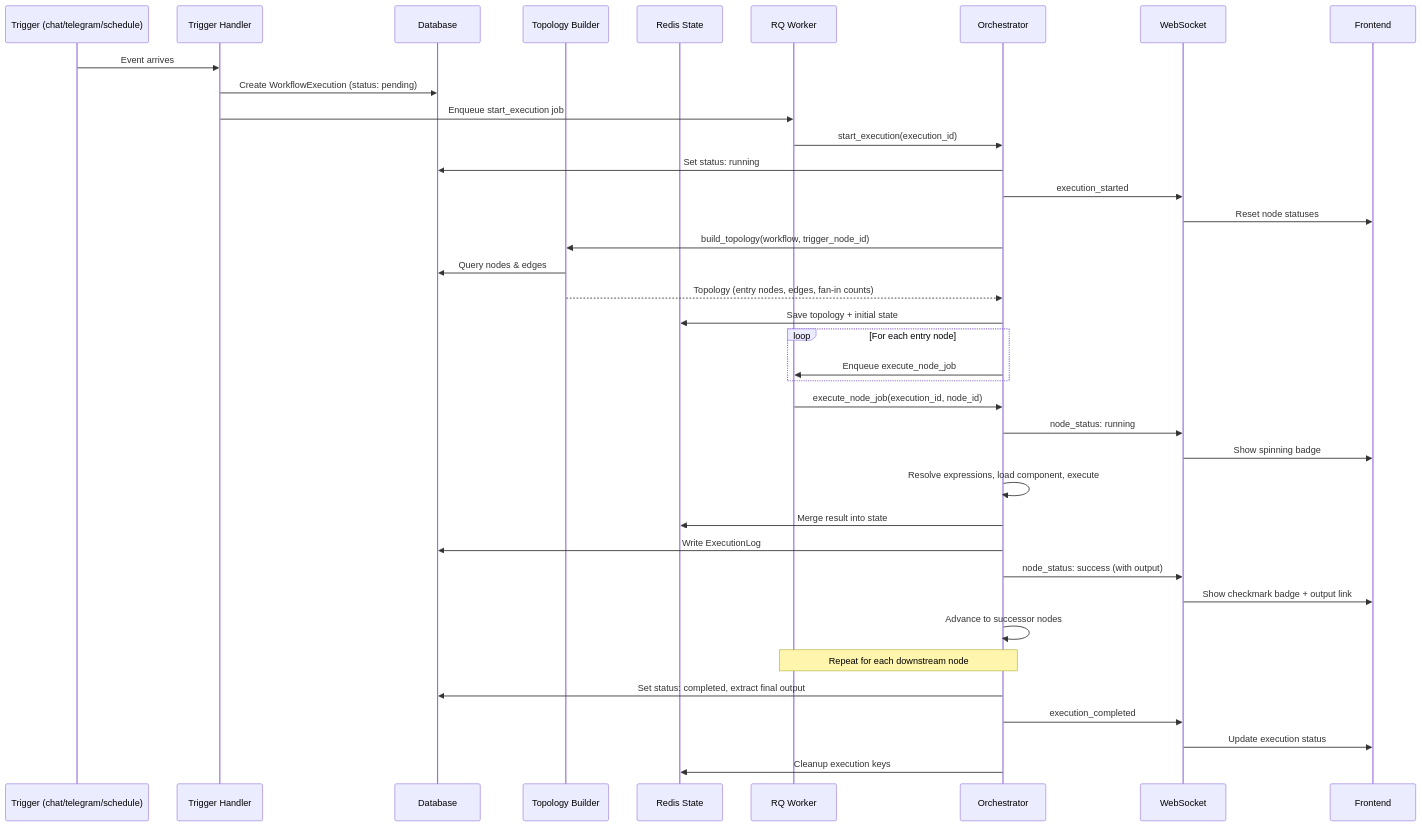
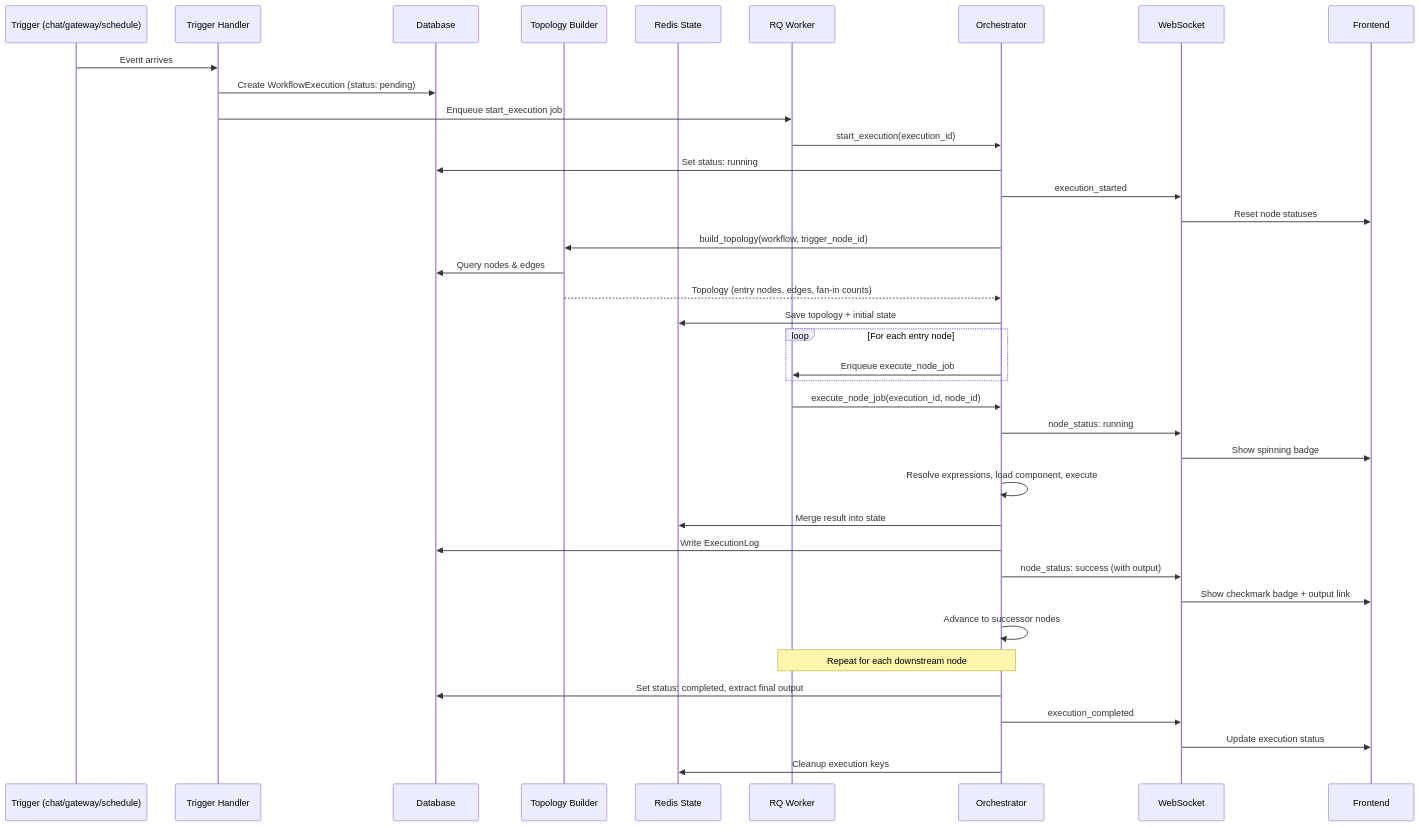
Before and after one commit to theuselessai/Pipelit: the first of 2 diagrams in docs-site/docs/concepts/execution.md, drawn with Mermaid. The commit also changed other lines of this file and 58 other files, not shown here.

````diff
--- a/docs-site/docs/concepts/execution.md
+++ b/docs-site/docs/concepts/execution.md
@@ -7,47 +7,47 @@
 ```mermaid
 sequenceDiagram
-    participant Trigger as Trigger (chat/telegram/schedule)
+    participant Trigger as Trigger (chat/gateway/schedule)
     participant Handler as Trigger Handler
     participant DB as Database
     participant Builder as Topology Builder
     participant Redis as Redis State
     participant RQ as RQ Worker
     participant Orch as Orchestrator
     participant WS as WebSocket
     participant UI as Frontend
 
     Trigger->>Handler: Event arrives
     Handler->>DB: Create WorkflowExecution (status: pending)
     Handler->>RQ: Enqueue start_execution job
 
     RQ->>Orch: start_execution(execution_id)
     Orch->>DB: Set status: running
     Orch->>WS: execution_started
     WS->>UI: Reset node statuses
 
     Orch->>Builder: build_topology(workflow, trigger_node_id)
     Builder->>DB: Query nodes & edges
     Builder-->>Orch: Topology (entry nodes, edges, fan-in counts)
     Orch->>Redis: Save topology + initial state
 
     loop For each entry node
         Orch->>RQ: Enqueue execute_node_job
     end
 
     RQ->>Orch: execute_node_job(execution_id, node_id)
     Orch->>WS: node_status: running
     WS->>UI: Show spinning badge
     Orch->>Orch: Resolve expressions, load component, execute
     Orch->>Redis: Merge result into state
     Orch->>DB: Write ExecutionLog
     Orch->>WS: node_status: success (with output)
     WS->>UI: Show checkmark badge + output link
 
     Orch->>Orch: Advance to successor nodes
     Note over Orch,RQ: Repeat for each downstream node
 
     Orch->>DB: Set status: completed, extract final output
     Orch->>WS: execution_completed
     WS->>UI: Update execution status
     Orch->>Redis: Cleanup execution keys
 ```
````
